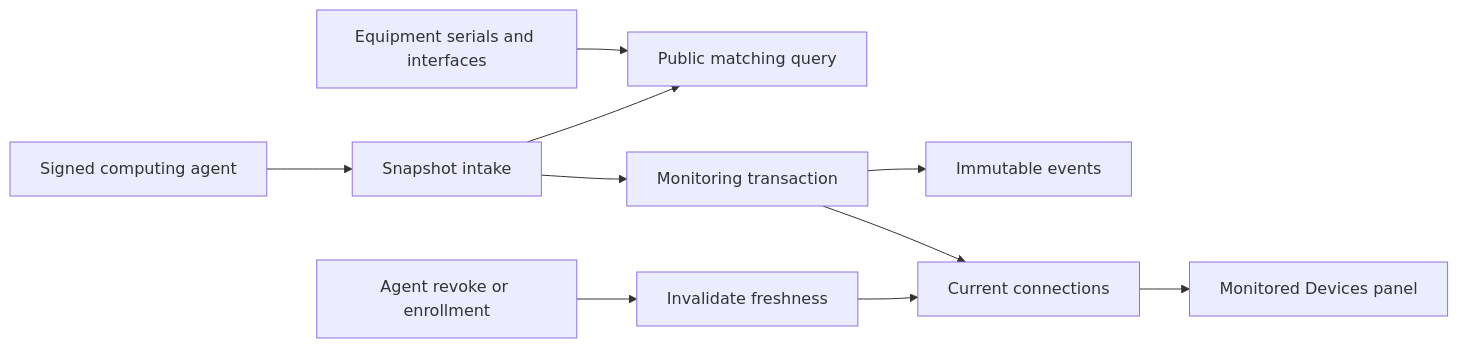
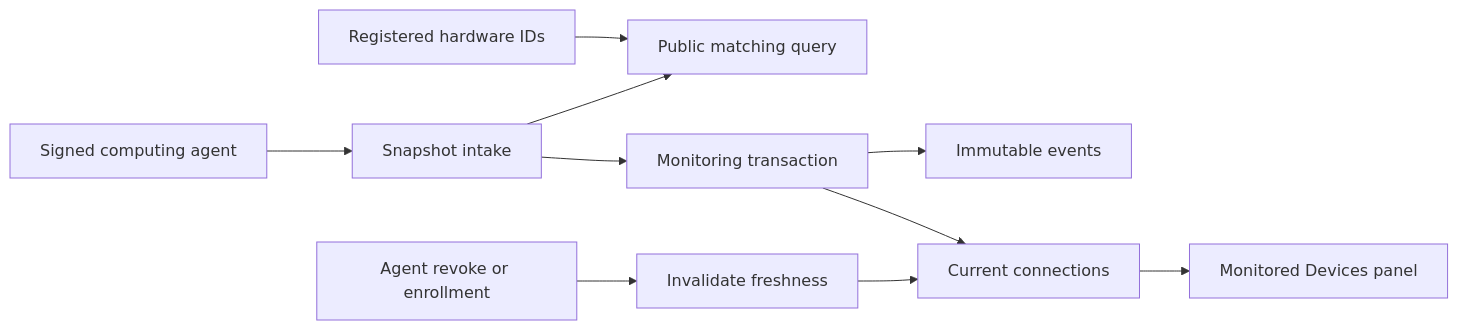
Before and after one commit to angustino88/lab-mango: the diagram in core/labs/features/monitoring/docs/device-connections.md, drawn with Mermaid. The commit also changed other lines of this file and 37 other files, not shown here.

First line of the commit message:
Monitoring: identify devices by registered hardware IDs; agents watch expected devices

````diff
--- a/core/labs/features/monitoring/docs/device-connections.md
+++ b/core/labs/features/monitoring/docs/device-connections.md
@@ -20,12 +33,12 @@
 ```mermaid
 flowchart LR
     A[Signed computing agent] --> I[Snapshot intake]
-    E[Equipment serials and interfaces] --> M[Public matching query]
+    E[Registered hardware IDs] --> M[Public matching query]
     I --> M
     I --> T[Monitoring transaction]
     T --> L[Immutable events]
     T --> C[Current connections]
     C --> U[Monitored Devices panel]
     R[Agent revoke or enrollment] --> F[Invalidate freshness]
     F --> C
 ```
````
